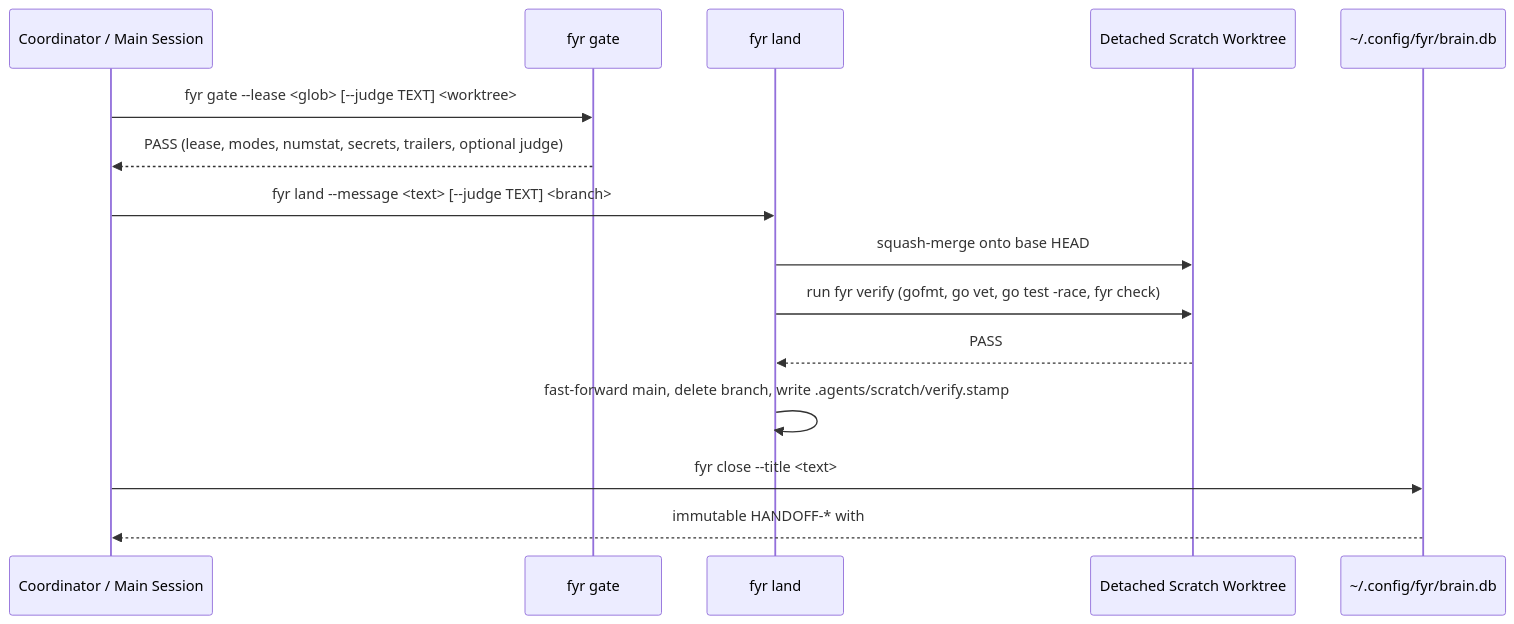
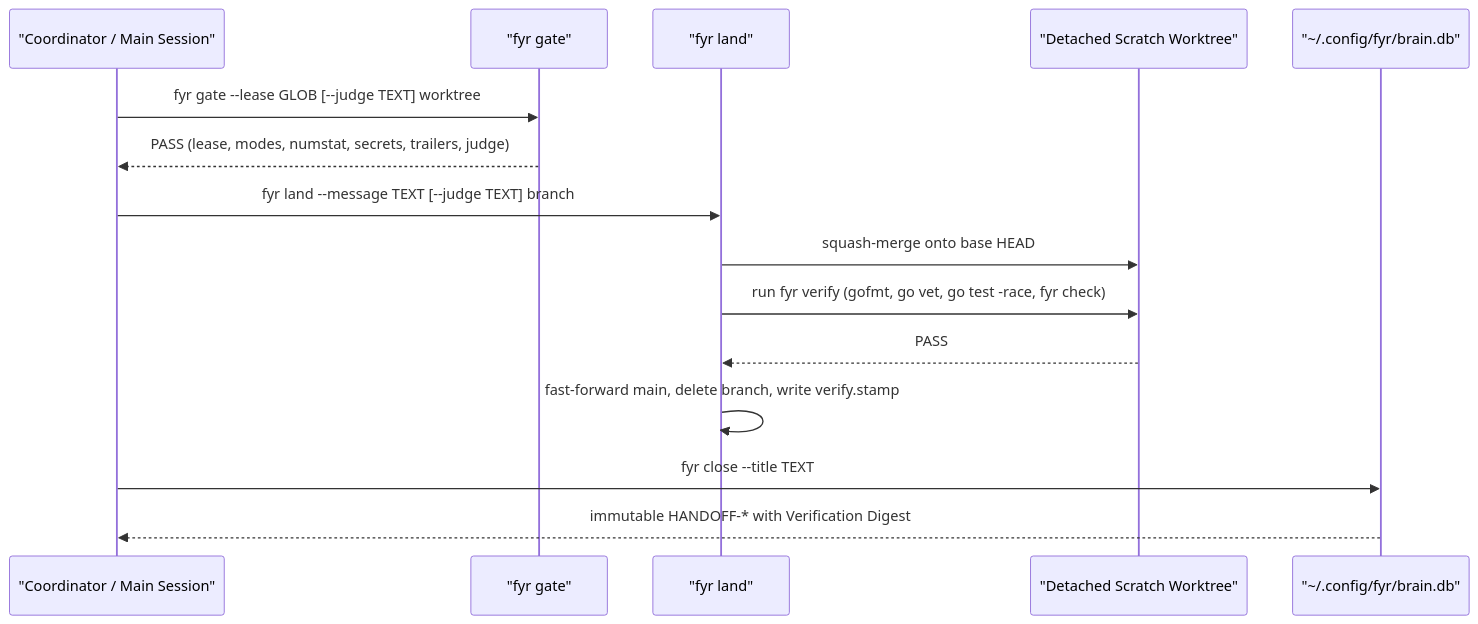
Before and after one commit to kesokaj/fyr: the first of 2 diagrams in features/workflows-and-build-control.md, drawn with Mermaid. The commit also changed other lines of this file and 3 other files, not shown here.

````diff
--- a/features/workflows-and-build-control.md
+++ b/features/workflows-and-build-control.md
@@ -24,17 +11,17 @@
 ```mermaid
 sequenceDiagram
-    participant Lead as Coordinator / Main Session
-    participant Gate as fyr gate
-    participant Land as fyr land
-    participant WT as Detached Scratch Worktree
-    participant Brain as ~/.config/fyr/brain.db
-    Lead->>Gate: fyr gate --lease <glob> [--judge TEXT] <worktree>
-    Gate-->>Lead: PASS (lease, modes, numstat, secrets, trailers, optional judge)
-    Lead->>Land: fyr land --message <text> [--judge TEXT] <branch>
+    participant Lead as "Coordinator / Main Session"
+    participant Gate as "fyr gate"
+    participant Land as "fyr land"
+    participant WT as "Detached Scratch Worktree"
+    participant Brain as "~/.config/fyr/brain.db"
+    Lead->>Gate: fyr gate --lease GLOB [--judge TEXT] worktree
+    Gate-->>Lead: PASS (lease, modes, numstat, secrets, trailers, judge)
+    Lead->>Land: fyr land --message TEXT [--judge TEXT] branch
     Land->>WT: squash-merge onto base HEAD
     Land->>WT: run fyr verify (gofmt, go vet, go test -race, fyr check)
     WT-->>Land: PASS
-    Land->>Land: fast-forward main, delete branch, write .agents/scratch/verify.stamp
-    Lead->>Brain: fyr close --title <text>
-    Brain-->>Lead: immutable HANDOFF-* with ## Verification Digest
+    Land->>Land: fast-forward main, delete branch, write verify.stamp
+    Lead->>Brain: fyr close --title TEXT
+    Brain-->>Lead: immutable HANDOFF-* with Verification Digest
 ```
````
